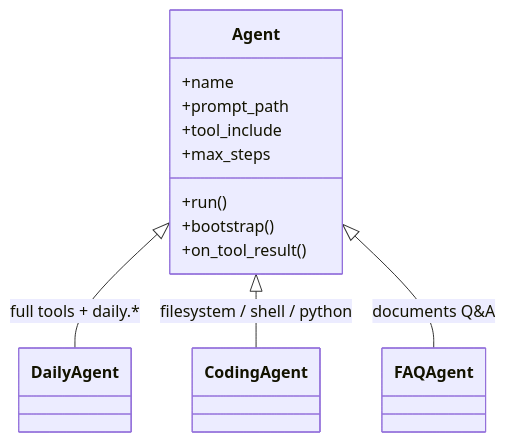
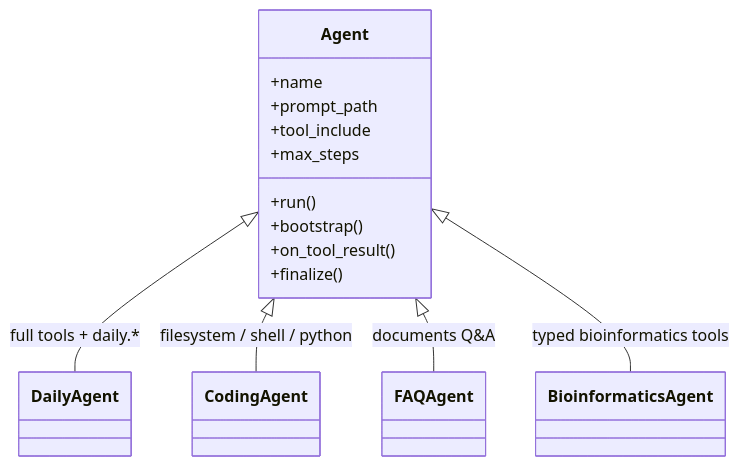
The third of 3 diagrams in README.md (xinzipanghuang/thin-harness), drawn with Mermaid before and after one commit. The commit also changed other lines of this file and 34 other files, not shown here.

````diff
--- a/README.md
+++ b/README.md
@@ -219,18 +254,21 @@
 ```mermaid
 classDiagram
     class Agent {
         +name
         +prompt_path
         +tool_include
         +max_steps
         +run()
         +bootstrap()
         +on_tool_result()
+        +finalize()
     }
     class DailyAgent
     class CodingAgent
     class FAQAgent
+    class BioinformaticsAgent
     Agent <|-- DailyAgent : full tools + daily.*
     Agent <|-- CodingAgent : filesystem / shell / python
     Agent <|-- FAQAgent : documents Q&A
+    Agent <|-- BioinformaticsAgent : typed bioinformatics tools
 ```
````
